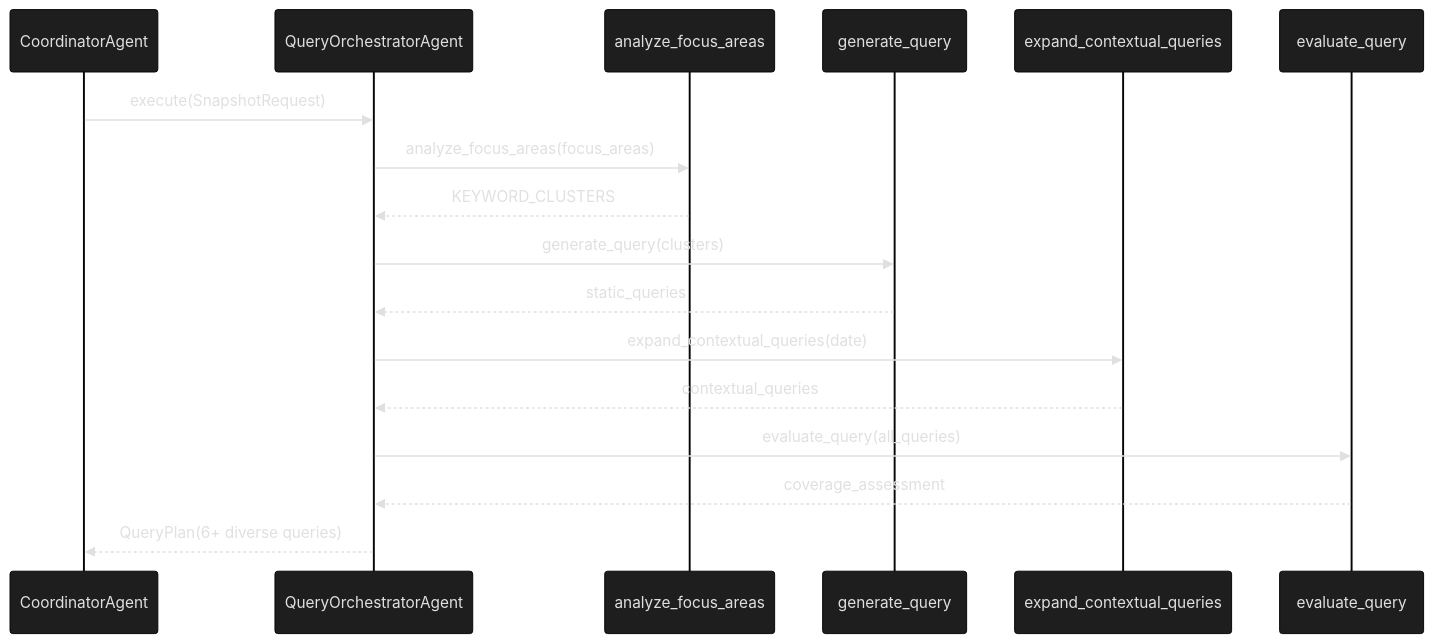
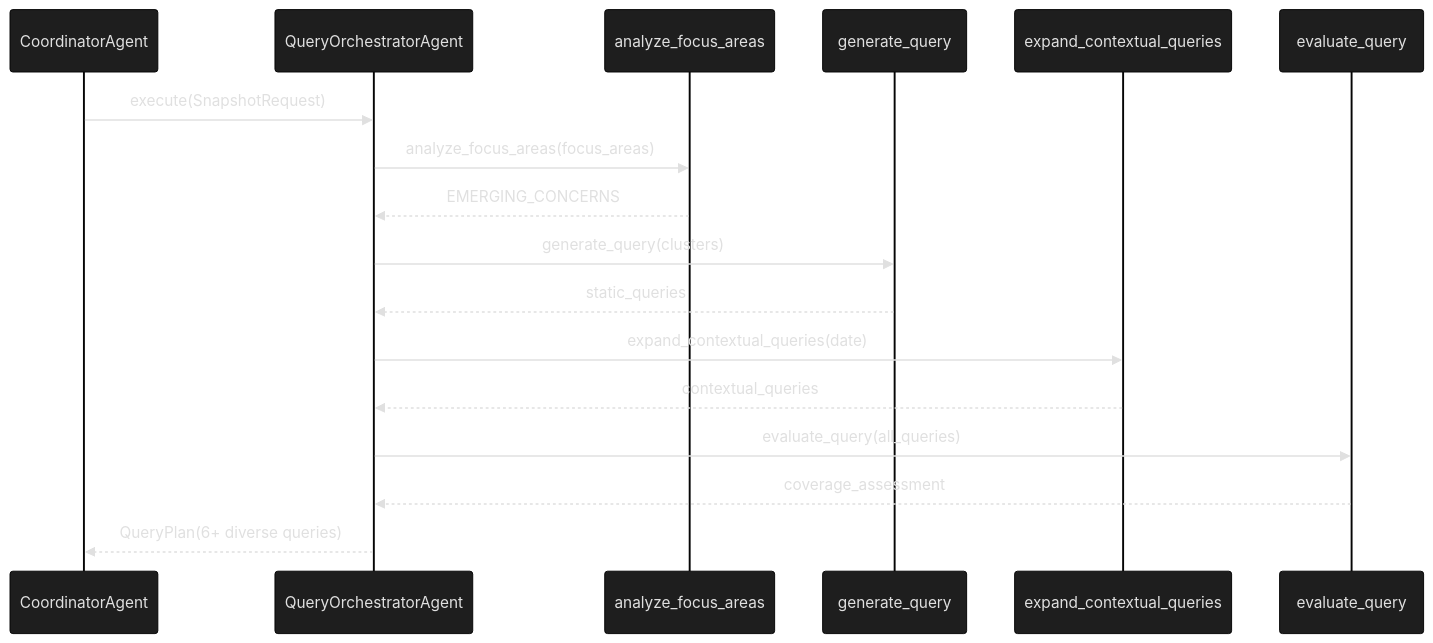
The seventh of 10 diagrams in docs/ARCHITECTURE.md (donyelqt/Hinaing), drawn with Mermaid before and after one commit. The commit also changed other lines of this file and 3 other files, not shown here.

First line of the commit message:
docs: rename KEYWORD_CLUSTERS to EMERGING_CONCERNS in architecture docs

````diff
--- a/docs/ARCHITECTURE.md
+++ b/docs/ARCHITECTURE.md
@@ -987,27 +987,27 @@
 ```mermaid
 %%{init: {'theme': 'base', 'themeVariables': {
   'primaryColor': '#1e1e1e',
   'primaryTextColor': '#e0e0e0',
   'secondaryColor': '#2d2d2d',
   'primaryFontSize': '13px',
   'secondaryFontSize': '11px'
  }}}%%
 sequenceDiagram
     participant C as CoordinatorAgent
     participant QO as QueryOrchestratorAgent
     participant T1 as analyze_focus_areas
     participant T2 as generate_query
     participant T3 as expand_contextual_queries
     participant T4 as evaluate_query
 
     C->>QO: execute(SnapshotRequest)
     QO->>T1: analyze_focus_areas(focus_areas)
-    T1-->>QO: KEYWORD_CLUSTERS
+    T1-->>QO: EMERGING_CONCERNS
     QO->>T2: generate_query(clusters)
     T2-->>QO: static_queries
     QO->>T3: expand_contextual_queries(date)
     T3-->>QO: contextual_queries
     QO->>T4: evaluate_query(all_queries)
     T4-->>QO: coverage_assessment
     QO-->>C: QueryPlan(6+ diverse queries)
 ```
````
